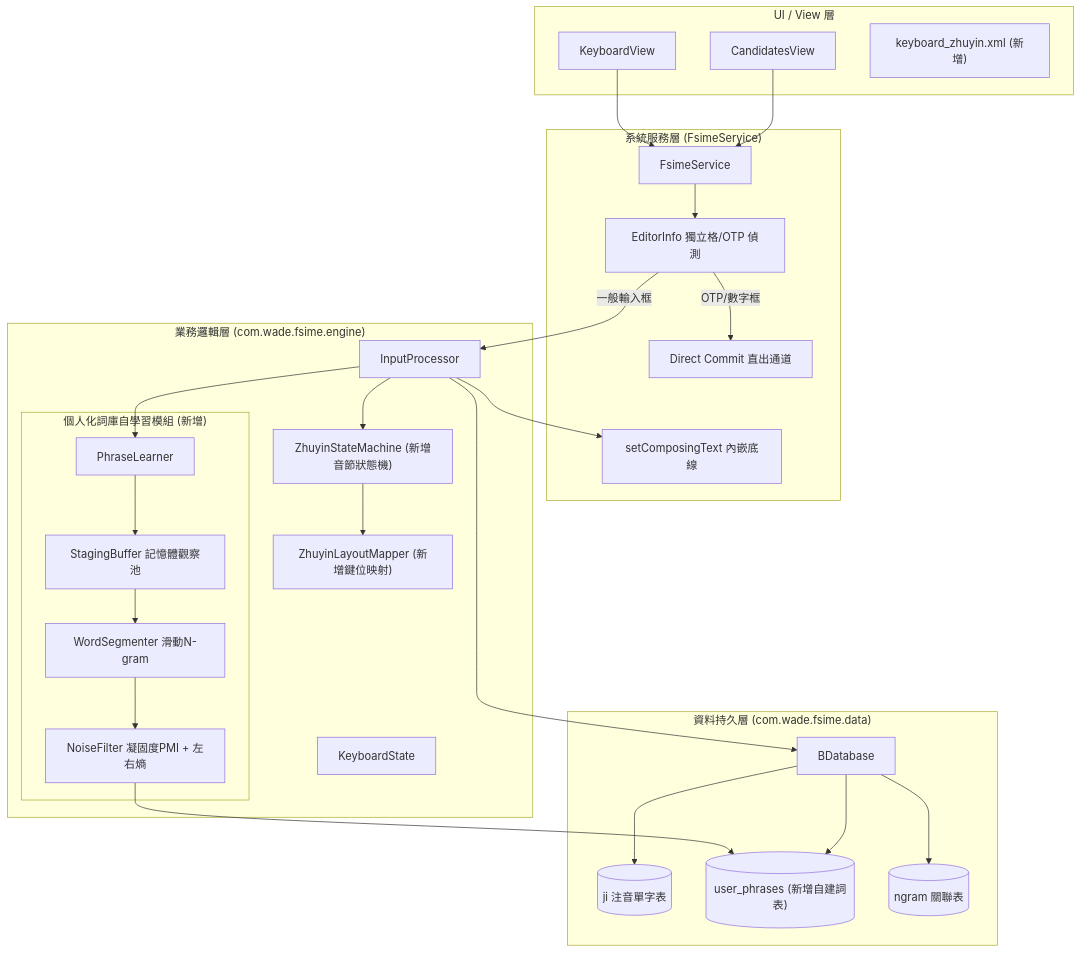
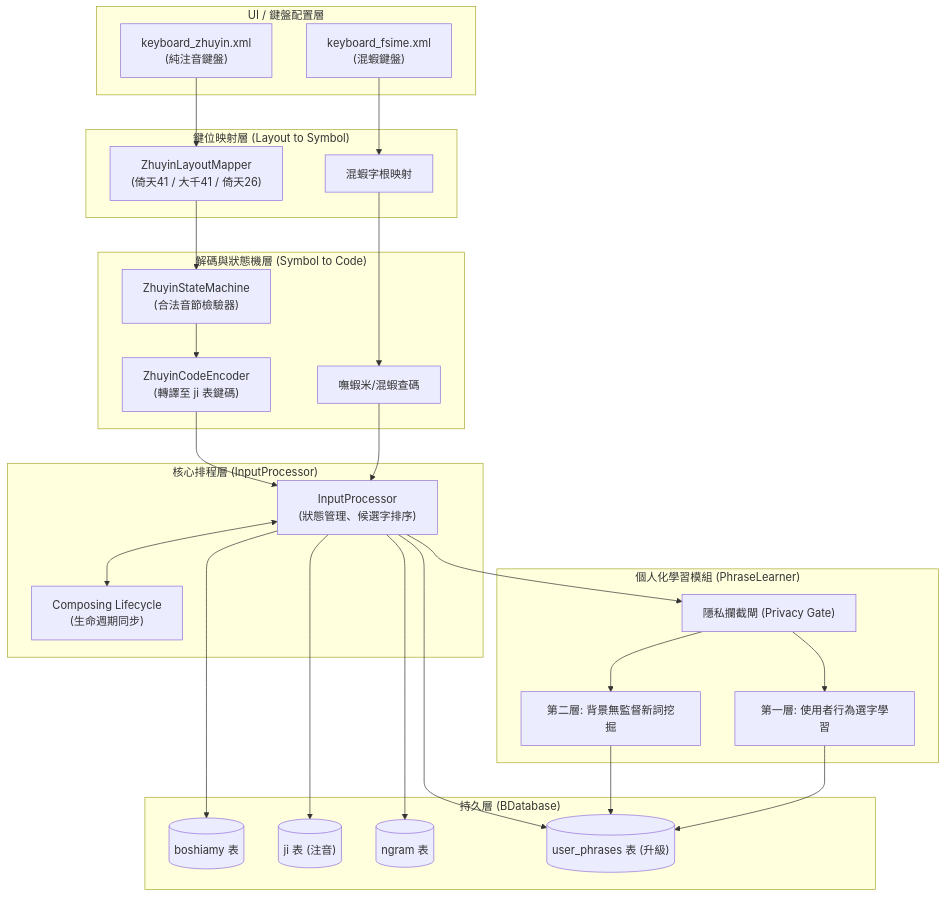
One commit to wade-fs/fsime changed the first of 4 diagrams in docs/fsime_upgrade_plan.md. Above: the diagram before and after it, drawn with Mermaid. The commit also changed other lines of this file and 29 other files, not shown here.

````diff
--- a/docs/fsime_upgrade_plan.md
+++ b/docs/fsime_upgrade_plan.md
@@ -9,51 +33,46 @@
 ```mermaid
 flowchart TD
-    subgraph UI_Layer ["UI / View 層"]
-        KBView[KeyboardView]
-        CandView[CandidatesView]
-        ZH_XML["keyboard_zhuyin.xml (新增)"]
+    subgraph UI_Layer ["UI / 鍵盤配置層"]
+        KB_Mix["keyboard_fsime.xml<br/>(混蝦鍵盤)"]
+        KB_Zhuyin["keyboard_zhuyin.xml<br/>(純注音鍵盤)"]
     end
 
-    subgraph Service_Layer ["系統服務層 (FsimeService)"]
-        FS[FsimeService]
-        Detect[EditorInfo 獨立格/OTP 偵測]
-        DirectCommit[Direct Commit 直出通道]
-        InlineComp[setComposingText 內嵌底線]
+    subgraph Mapping_Layer ["鍵位映射層 (Layout to Symbol)"]
+        MixMapper["混蝦字根映射"]
+        ZhuyinMapper["ZhuyinLayoutMapper<br/>(倚天41 / 大千41 / 倚天26)"]
     end
 
-    subgraph Engine_Layer ["業務邏輯層 (com.wade.fsime.engine)"]
-        IP[InputProcessor]
-        KState[KeyboardState]
-        ZSM["ZhuyinStateMachine (新增音節狀態機)"]
-        ZMap["ZhuyinLayoutMapper (新增鍵位映射)"]
-        
-        subgraph Phrase_Module ["個人化詞庫自學習模組 (新增)"]
-            PL[PhraseLearner]
-            Staging[StagingBuffer 記憶體觀察池]
-            Segmenter[WordSegmenter 滑動N-gram]
-            Filter[NoiseFilter 凝固度PMI + 左右熵]
-        end
+    subgraph Decoding_Layer ["解碼與狀態機層 (Symbol to Code)"]
+        BoshiamyEngine["嘸蝦米/混蝦查碼"]
+        ZhuyinSM["ZhuyinStateMachine<br/>(合法音節檢驗器)"]
+        ZhuyinEncoder["ZhuyinCodeEncoder<br/>(轉譯至 ji 表鍵碼)"]
     end
 
-    subgraph Data_Layer ["資料持久層 (com.wade.fsime.data)"]
-        BDB[BDatabase]
-        TableJI[(ji 注音單字表)]
-        TablePhrase[("user_phrases (新增自建詞表)")]
-        TableNgram[(ngram 關聯表)]
+    subgraph Core_Engine ["核心排程層 (InputProcessor)"]
+        IP["InputProcessor<br/>(狀態管理、候選字排序)"]
+        Lifecycle["Composing Lifecycle<br/>(生命週期同步)"]
     end
 
-    KBView --> FS
-    CandView --> FS
-    FS --> Detect
-    Detect -->|OTP/數字框| DirectCommit
-    Detect -->|一般輸入框| IP
-    IP --> InlineComp
-    IP --> ZSM
-    ZSM --> ZMap
-    IP --> PL
-    PL --> Staging --> Segmenter --> Filter --> TablePhrase
-    IP --> BDB
-    BDB --> TableJI
-    BDB --> TablePhrase
-    BDB --> TableNgram
+    subgraph Phrase_Module ["個人化學習模組 (PhraseLearner)"]
+        Privacy["隱私攔截閘 (Privacy Gate)"]
+        Layer1["第一層: 使用者行為選字學習"]
+        Layer2["第二層: 背景無監督新詞挖掘"]
+    end
+
+    subgraph Storage_Layer ["持久層 (BDatabase)"]
+        T_Bosh[("boshiamy 表")]
+        T_JI[("ji 表 (注音)")]
+        T_Ngram[("ngram 表")]
+        T_Phrases[("user_phrases 表 (升級)")]
+    end
+
+    KB_Mix --> MixMapper --> BoshiamyEngine --> IP
+    KB_Zhuyin --> ZhuyinMapper --> ZhuyinSM --> ZhuyinEncoder --> IP
+    IP <--> Lifecycle
+    IP --> Privacy --> Layer1 --> T_Phrases
+    Privacy --> Layer2 --> T_Phrases
+    IP --> T_Bosh
+    IP --> T_JI
+    IP --> T_Ngram
+    IP --> T_Phrases
 ```
````
